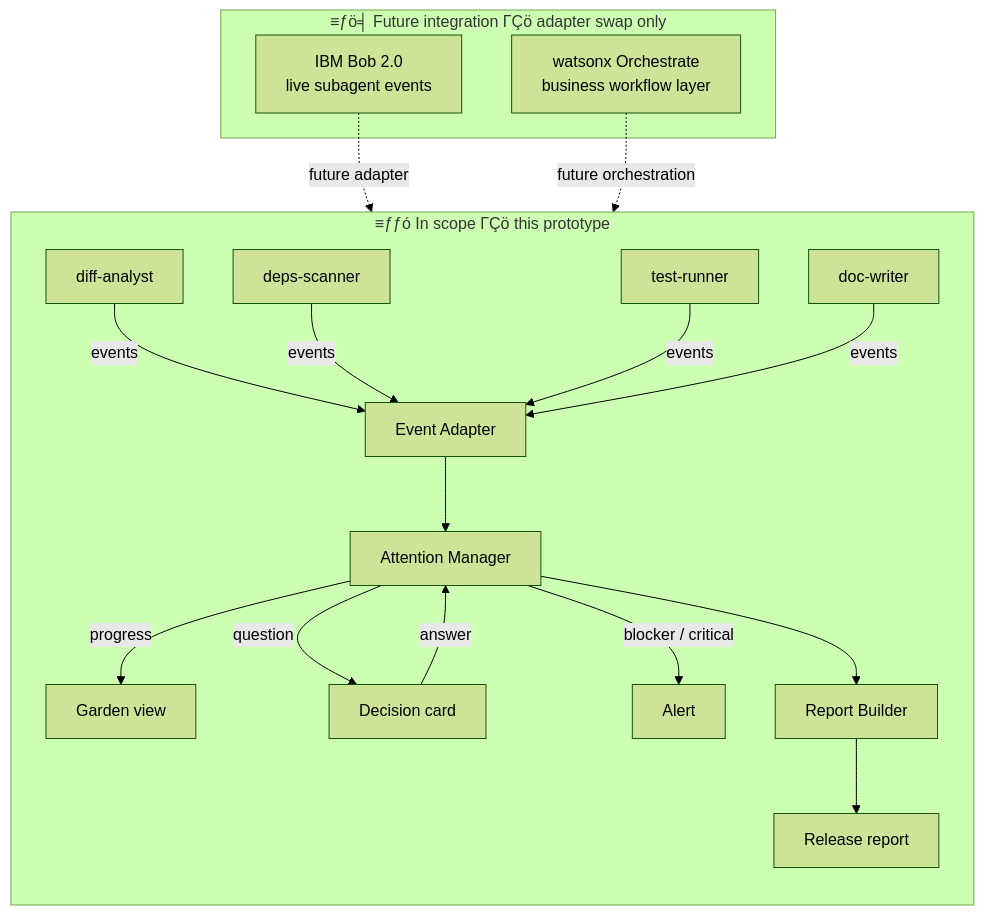
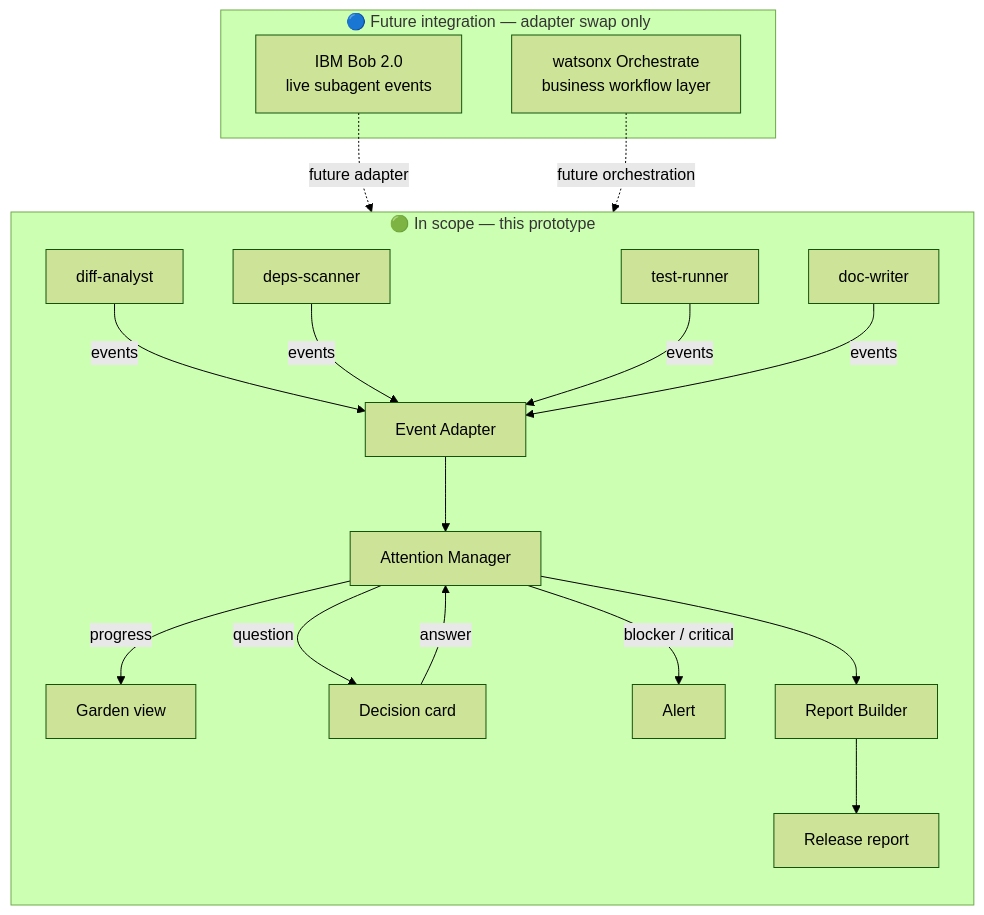
Before and after one commit to TonyINSY6629/Project_for_IBM_Hackathon_Bob_in_Action: the second of 9 diagrams in README.md, drawn with Mermaid (forest theme). The commit also changed other lines of this file, not shown here.

````diff
--- a/README.md
+++ b/README.md
@@ -91,33 +91,33 @@
 ```mermaid
 graph TD
-    subgraph Prototype["≡ƒƒó In scope ΓÇö this prototype"]
+    subgraph Prototype["🟢 In scope — this prototype"]
         direction TB
         A1[diff-analyst]
         A2[deps-scanner]
         A3[test-runner]
         A4[doc-writer]
         EA[Event Adapter]
         AM[Attention Manager]
         RB[Report Builder]
         G[Garden view]
         DC[Decision card]
         AL[Alert]
         R[Release report]
     end
 
-    subgraph Future["≡ƒö╡ Future integration ΓÇö adapter swap only"]
-        BOB[IBM Bob 2.0\nlive subagent events]
-        WX[watsonx Orchestrate\nbusiness workflow layer]
+    subgraph Future["🔵 Future integration — adapter swap only"]
+        BOB["IBM Bob 2.0<br/>live subagent events"]
+        WX["watsonx Orchestrate<br/>business workflow layer"]
     end
 
     A1 & A2 & A3 & A4 -->|events| EA
     BOB -.->|future adapter| EA
     WX -.->|future orchestration| EA
     EA --> AM
     AM -->|progress| G
     AM -->|question| DC
     AM -->|blocker / critical| AL
     AM --> RB
     RB --> R
     DC -->|answer| AM
 ```
````
